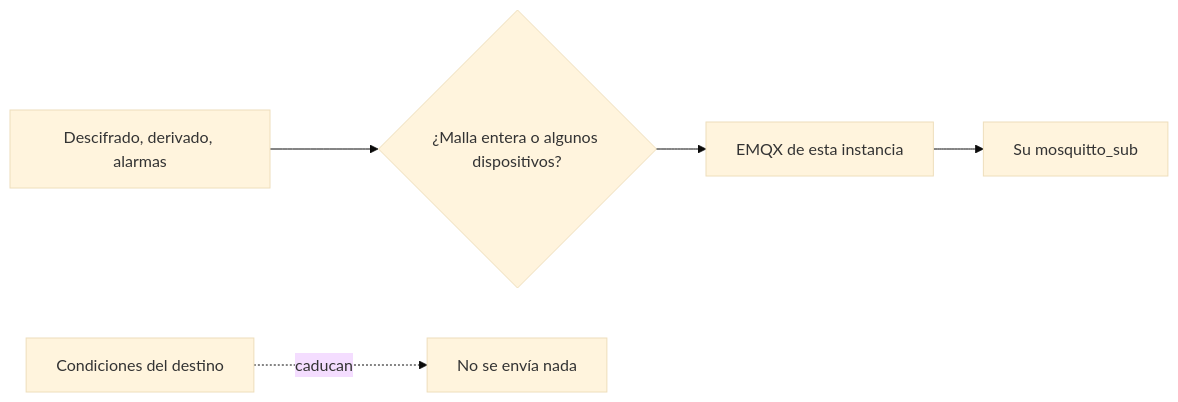
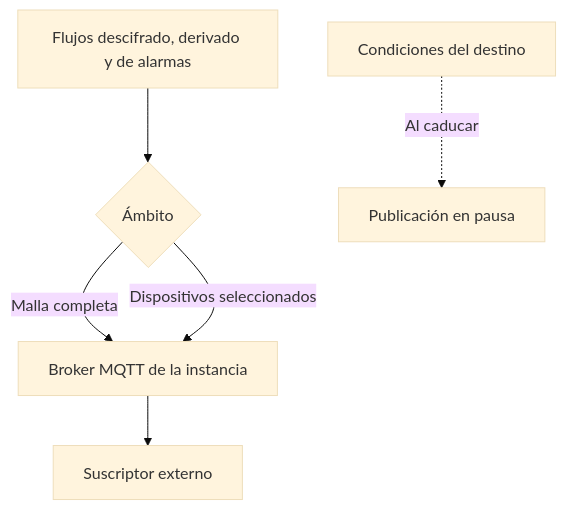
Before and after one commit to sensical-coop/mesh-things-apps: the diagram in apps/web/content/docs/es/sinks.mdx, drawn with Mermaid (base theme). The commit also changed other lines of this file and 27 other files, not shown here.

````diff
--- a/apps/web/content/docs/es/sinks.mdx
+++ b/apps/web/content/docs/es/sinks.mdx
@@ -10,7 +10,8 @@
 ```mermaid
-flowchart LR
-  series["Descifrado, derivado, alarmas"] --> pick{"¿Malla entera o algunos dispositivos?"}
-  pick --> emqx["EMQX de esta instancia"]
-  emqx --> consumer["Su mosquitto_sub"]
-  terms["Condiciones del destino"] -.->|caducan| stop["No se envía nada"]
+flowchart TD
+  streams["Flujos descifrado, derivado y de alarmas"] --> scope{"Ámbito"}
+  scope -->|Malla completa| broker["Broker MQTT de la instancia"]
+  scope -->|Dispositivos seleccionados| broker
+  broker --> consumer["Suscriptor externo"]
+  terms["Condiciones del destino"] -.->|Al caducar| paused["Publicación en pausa"]
 ```
````
